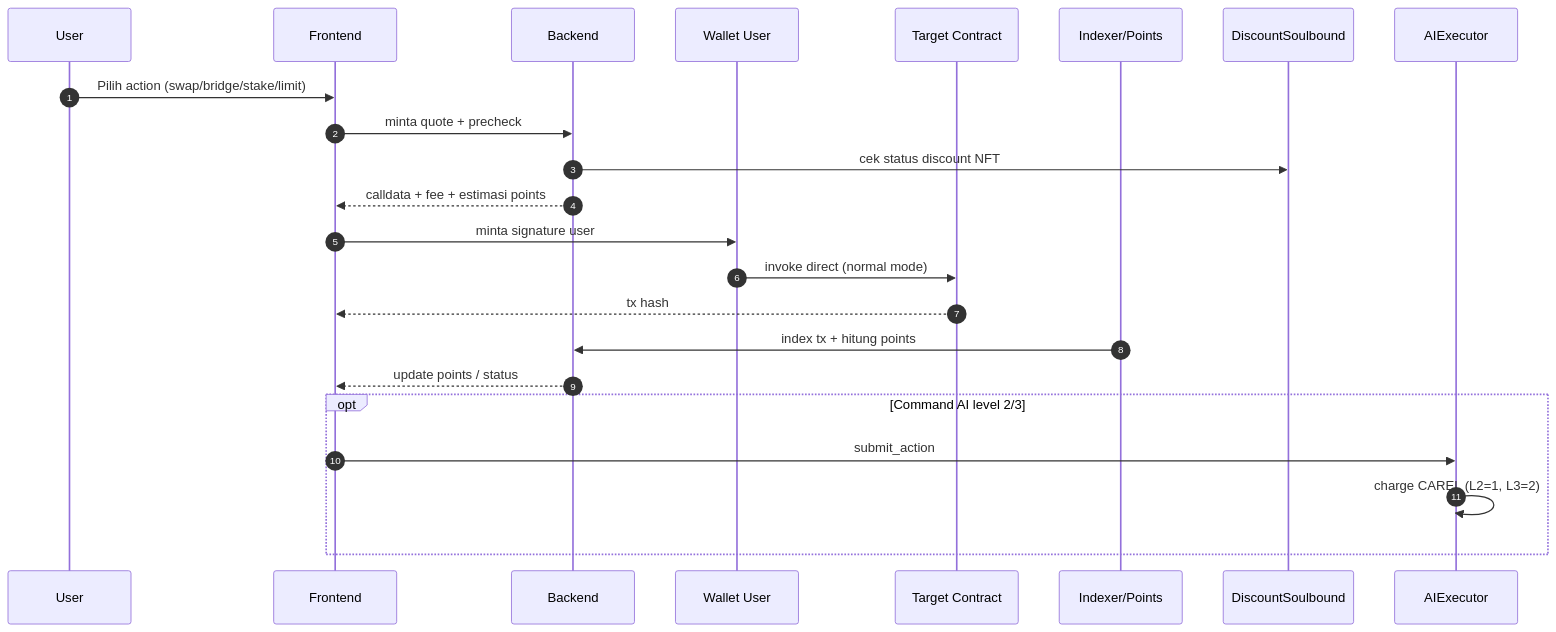
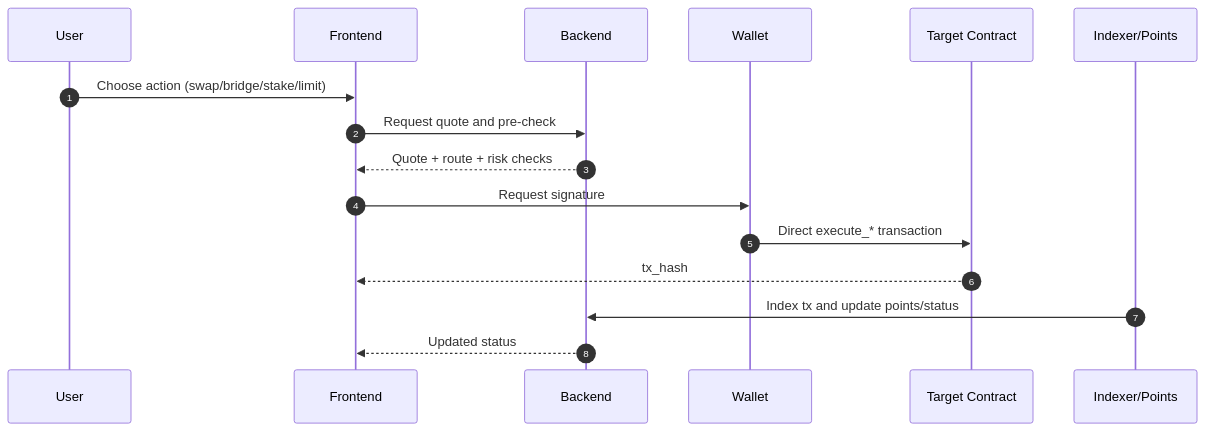
Before and after one commit to ntfound-dev/zkcarel_protocol: the second of 4 diagrams in docs/architecture_mvp_modes.md, drawn with Mermaid. The commit also changed other lines of this file and 25 other files, not shown here.

````diff
--- a/docs/architecture_mvp_modes.md
+++ b/docs/architecture_mvp_modes.md
@@ -104,27 +101,19 @@
 ```mermaid
 sequenceDiagram
     autonumber
     participant User
     participant FE as Frontend
     participant BE as Backend
-    participant W as Wallet User
-    participant SC as Target Contract
+    participant W as Wallet
+    participant T as Target Contract
     participant IDX as Indexer/Points
-    participant NFT as DiscountSoulbound
-    participant AIEX as AIExecutor
 
-    User->>FE: Pilih action (swap/bridge/stake/limit)
-    FE->>BE: minta quote + precheck
-    BE->>NFT: cek status discount NFT
-    BE-->>FE: calldata + fee + estimasi points
-    FE->>W: minta signature user
-    W->>SC: invoke direct (normal mode)
-    SC-->>FE: tx hash
-    IDX->>BE: index tx + hitung points
-    BE-->>FE: update points / status
-
-    opt Command AI level 2/3
-        FE->>AIEX: submit_action
-        AIEX->>AIEX: charge CAREL (L2=1, L3=2)
-    end
+    User->>FE: Choose action (swap/bridge/stake/limit)
+    FE->>BE: Request quote and pre-check
+    BE-->>FE: Quote + route + risk checks
+    FE->>W: Request signature
+    W->>T: Direct execute_* transaction
+    T-->>FE: tx_hash
+    IDX->>BE: Index tx and update points/status
+    BE-->>FE: Updated status
 ```
````
